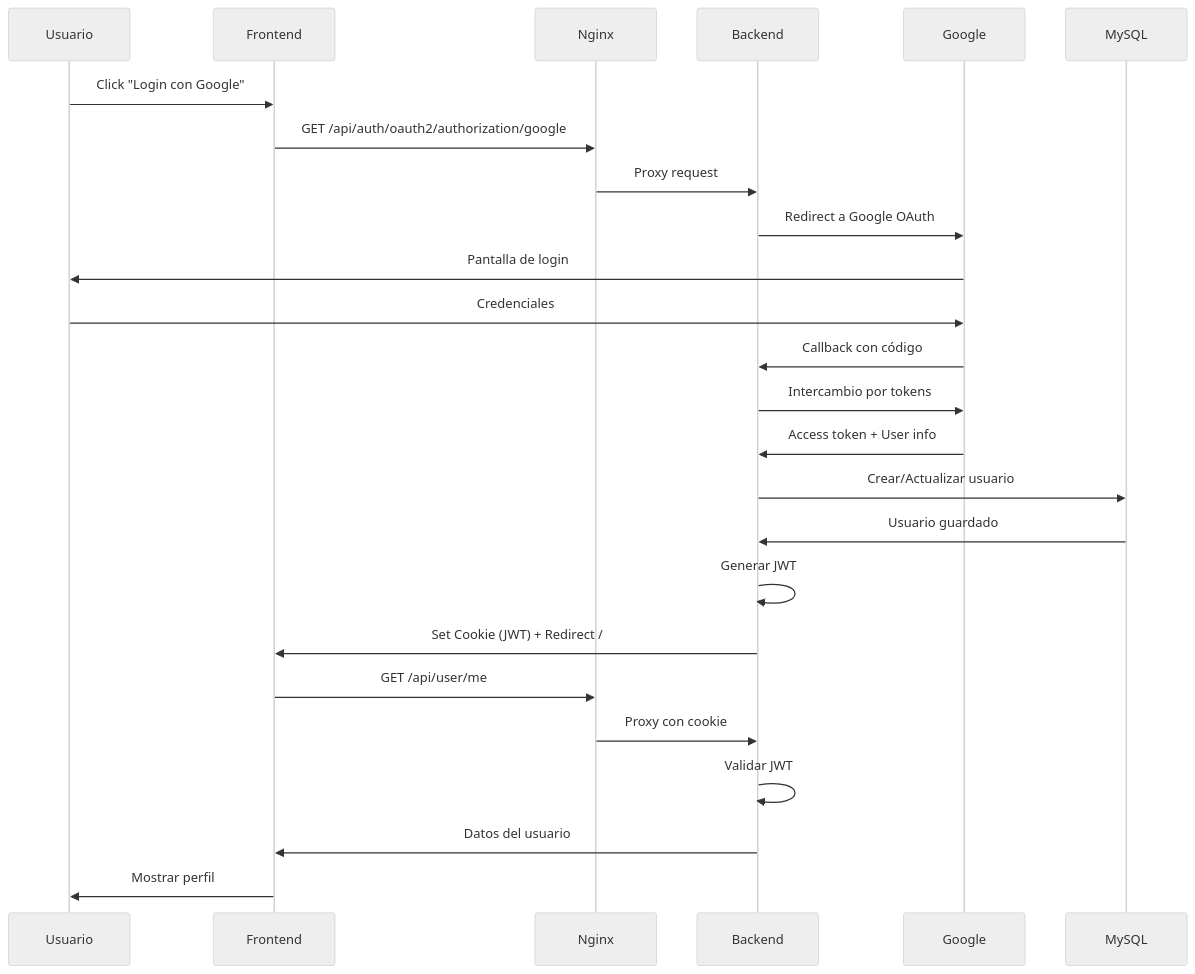
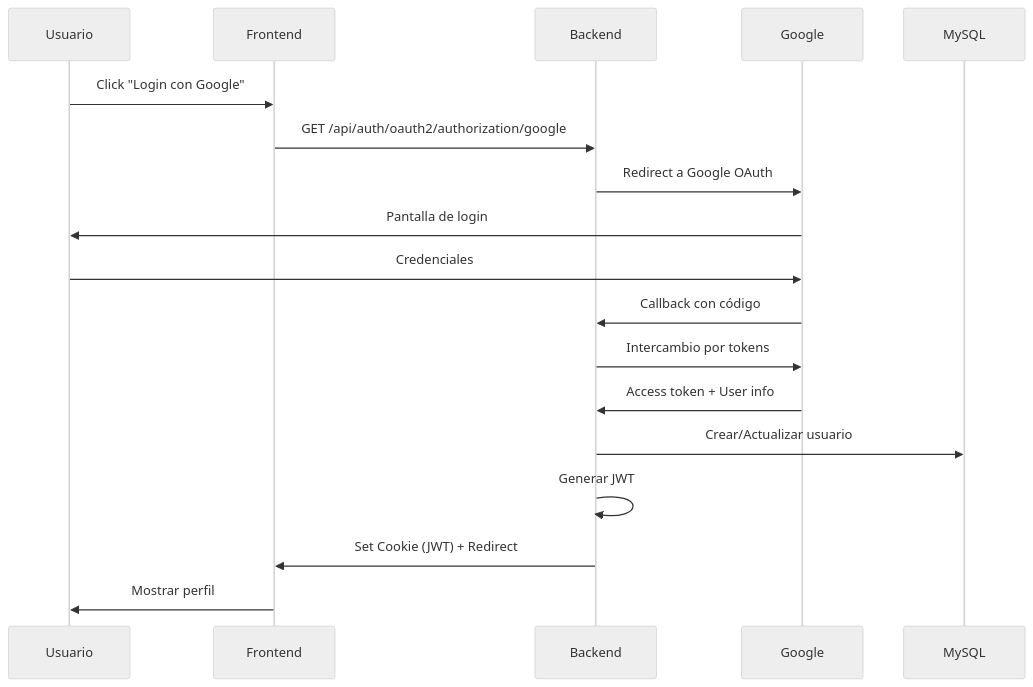
One commit to NicolasRobledo/proyect changed the third of 6 diagrams in README.md. Above: the diagram before and after it, drawn with Mermaid (neutral theme). The commit also changed other lines of this file, not shown here.

First line of the commit message:
docs: update README with dev/prod profile architecture

````diff
--- a/README.md
+++ b/README.md
@@ -47,28 +63,21 @@
 ```mermaid
 sequenceDiagram
     participant U as Usuario
     participant F as Frontend
-    participant N as Nginx
     participant B as Backend
     participant G as Google
     participant DB as MySQL
 
     U->>F: Click "Login con Google"
-    F->>N: GET /api/auth/oauth2/authorization/google
-    N->>B: Proxy request
+    F->>B: GET /api/auth/oauth2/authorization/google
     B->>G: Redirect a Google OAuth
     G->>U: Pantalla de login
     U->>G: Credenciales
     G->>B: Callback con código
     B->>G: Intercambio por tokens
     G->>B: Access token + User info
     B->>DB: Crear/Actualizar usuario
-    DB->>B: Usuario guardado
     B->>B: Generar JWT
-    B->>F: Set Cookie (JWT) + Redirect /
-    F->>N: GET /api/user/me
-    N->>B: Proxy con cookie
-    B->>B: Validar JWT
-    B->>F: Datos del usuario
+    B->>F: Set Cookie (JWT) + Redirect
     F->>U: Mostrar perfil
 ```
````
